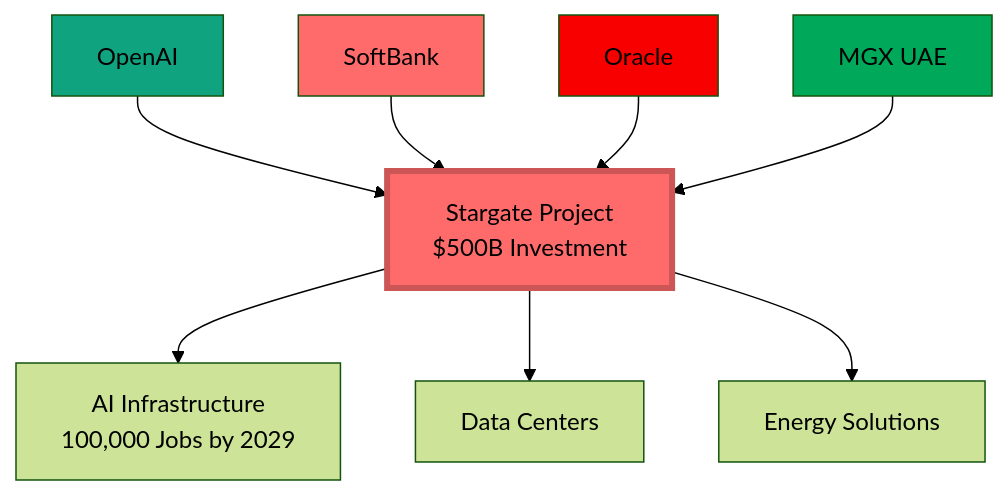
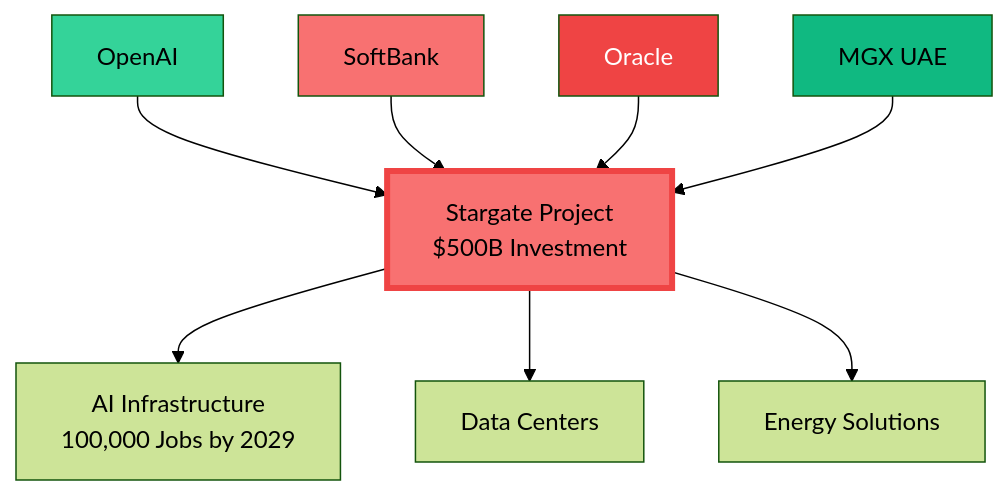
One commit to hildermesmedeiros/magic-contability changed the sixth of 10 diagrams in INVESTMENTS.md. Above: the diagram before and after it, drawn with Mermaid (forest theme). The commit also changed other lines of this file, not shown here.

````diff
--- a/INVESTMENTS.md
+++ b/INVESTMENTS.md
@@ -231,18 +231,18 @@
 ```mermaid
 graph TD
     Stargate[Stargate Project<br/>$500B Investment]
     OpenAI --> Stargate
     SoftBank --> Stargate
     Oracle --> Stargate
     MGX[MGX UAE] --> Stargate
     
     Stargate --> Infrastructure[AI Infrastructure<br/>100,000 Jobs by 2029]
     Stargate --> DataCenters[Data Centers]
     Stargate --> Energy[Energy Solutions]
     
-    style Stargate fill:#ff6b6b,stroke:#cc5555,stroke-width:4px
-    style OpenAI fill:#10a37f
-    style SoftBank fill:#ff6b6b
-    style Oracle fill:#f80000
-    style MGX fill:#00a859
+    style Stargate fill:#f87171,stroke:#ef4444,stroke-width:4px,color:#000
+    style OpenAI fill:#34d399,color:#000
+    style SoftBank fill:#f87171,color:#000
+    style Oracle fill:#ef4444,color:#fff
+    style MGX fill:#10b981,color:#000
 ```
````
